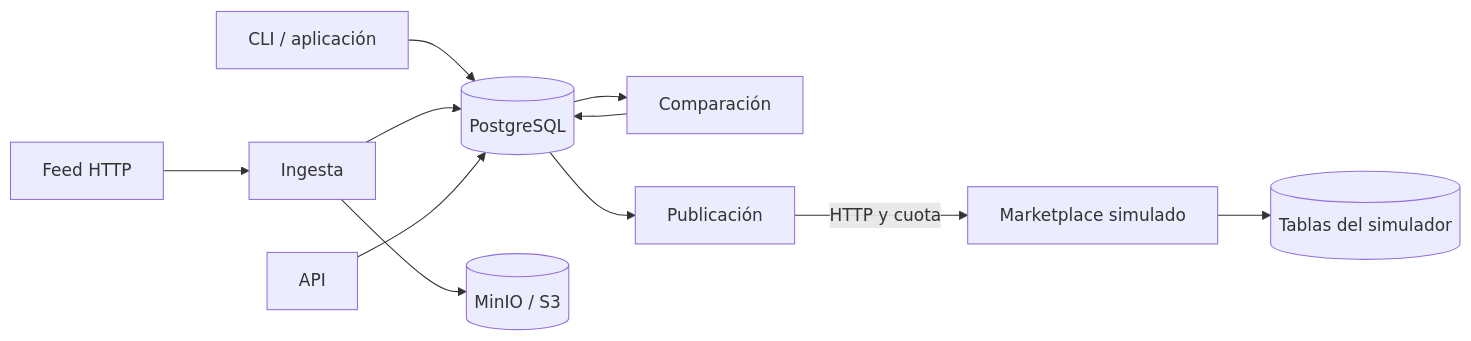
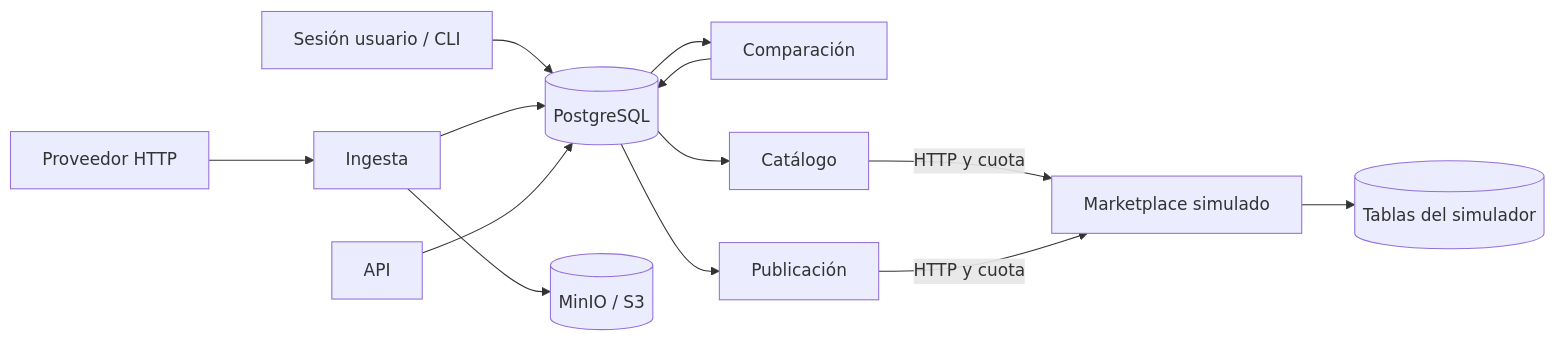
Before and after one commit to ramossofia-f/TP-ISW-IvoStock: the diagram in docs/srd/SRD.md, drawn with Mermaid. The commit also changed other lines of this file and 3 other files, not shown here.

````diff
--- a/docs/srd/SRD.md
+++ b/docs/srd/SRD.md
@@ -7,13 +9,15 @@
 ```mermaid
 flowchart LR
-    CLI[CLI / aplicación] --> PG[(PostgreSQL)]
-    HTTP[Feed HTTP] --> I[Ingesta]
+    U[Sesión usuario / CLI] --> PG[(PostgreSQL)]
+    HTTP[Proveedor HTTP] --> I[Ingesta]
     I --> S3[(MinIO / S3)]
     I --> PG
     PG --> C[Comparación]
     C --> PG
     PG --> P[Publicación]
-    P -->|HTTP y cuota| SIM[Marketplace simulado]
+    PG --> K[Catálogo]
+    K -->|HTTP y cuota| SIM[Marketplace simulado]
+    P -->|HTTP y cuota| SIM
     SIM --> DB[(Tablas del simulador)]
     API[API] --> PG
 ```
````
